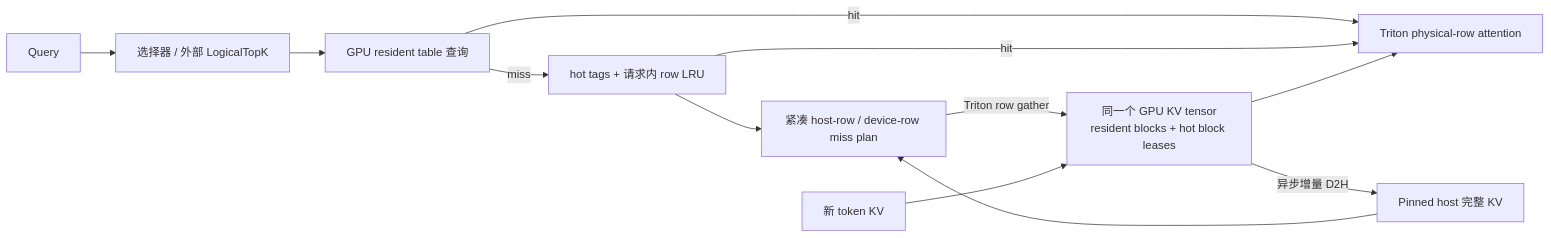
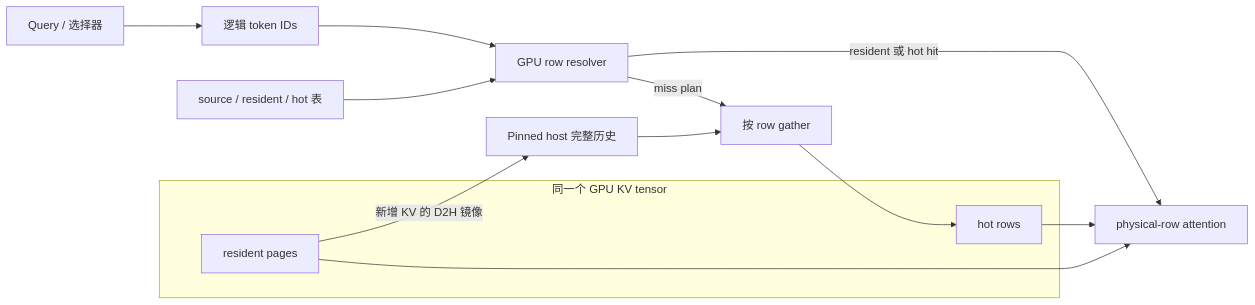
The diagram in README.zh-CN.md (KiritoHugh/mini-hisparse), drawn with Mermaid before and after one commit. The commit also changed other lines of this file and 24 other files, not shown here.

Commit message:
Explain HiSparse with diagrams, runnable examples and current baselines

````diff
--- a/README.zh-CN.md
+++ b/README.zh-CN.md
@@ -97,14 +22,17 @@
 ```mermaid
 flowchart LR
-    Q[Query] --> I[选择器 / 外部 LogicalTopK]
-    I --> R[GPU resident table 查询]
-    R -->|hit| A[Triton physical-row attention]
-    R -->|miss| T[hot tags + 请求内 row LRU]
-    T --> M[紧凑 host-row / device-row miss plan]
-    H[Pinned host 完整 KV] --> M
-    M -->|Triton row gather| G[同一个 GPU KV tensor<br/>resident blocks + hot block leases]
-    T -->|hit| A
-    G --> A
-    W[新 token KV] --> G
-    G -->|异步增量 D2H| H
+    Q[Query / 选择器] --> L[逻辑 token IDs]
+    L --> R[GPU row resolver]
+    T[source / resident / hot 表] --> R
+    R -->|resident 或 hot hit| A[physical-row attention]
+    R -->|miss plan| G[按 row gather]
+    H[Pinned host 完整历史] --> G
+    G --> B[hot rows]
+    B --> A
+    subgraph Pool[同一个 GPU KV tensor]
+        P[resident pages]
+        B
+    end
+    P --> A
+    P -->|新增 KV 的 D2H 镜像| H
 ```
````
